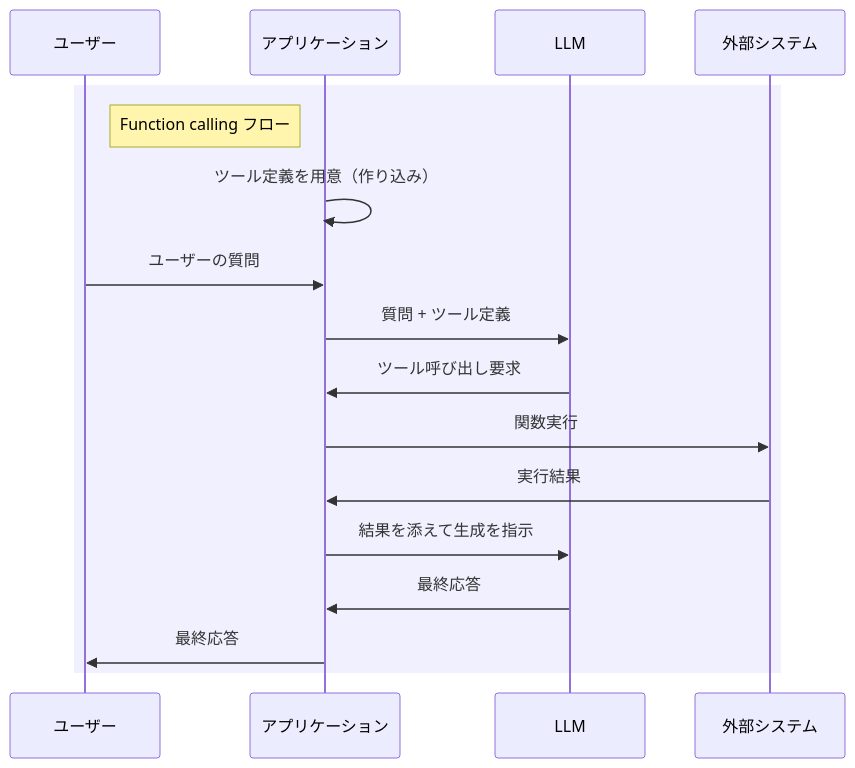
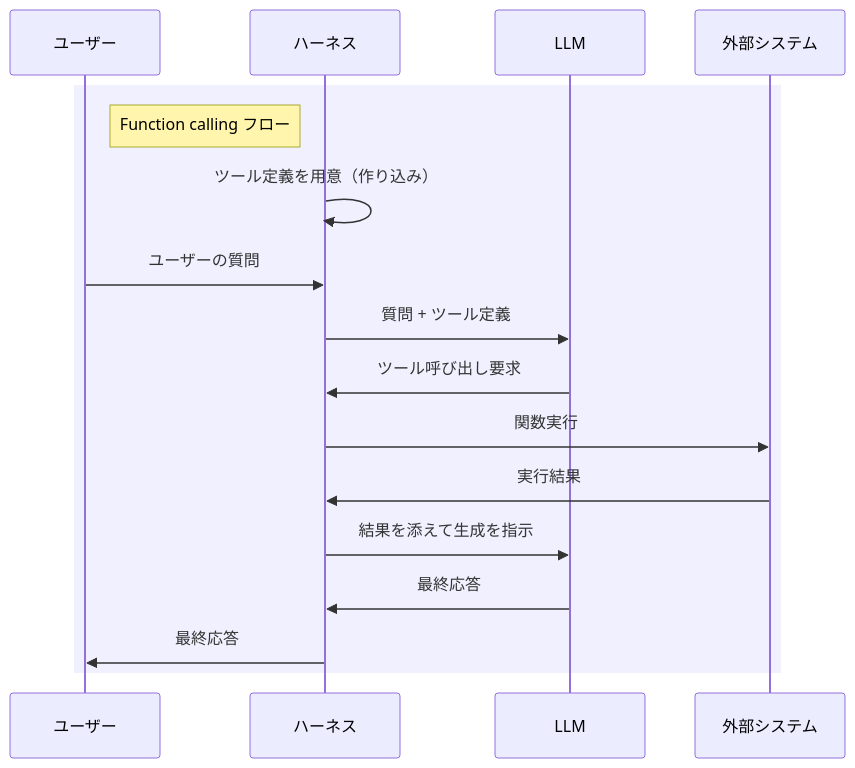
Before and after one commit to 7shi/qiita: the first of 2 diagrams in articles/ai/function-calling-vs-mcp.md, drawn with Mermaid. The commit also changed other lines of this file, not shown here.

````diff
--- a/articles/ai/function-calling-vs-mcp.md
+++ b/articles/ai/function-calling-vs-mcp.md
@@ -38,20 +40,20 @@
 ```mermaid
 sequenceDiagram
     participant User as ユーザー
-    participant App as アプリケーション
+    participant Harness as ハーネス
     participant LLM
     participant External as 外部システム
 
     rect rgb(240, 240, 255)
     note right of User: Function calling フロー
-    App->>App: ツール定義を用意（作り込み）
-    User->>App: ユーザーの質問
-    App->>LLM: 質問 + ツール定義
-    LLM->>App: ツール呼び出し要求
-    App->>External: 関数実行
-    External->>App: 実行結果
-    App->>LLM: 結果を添えて生成を指示
-    LLM->>App: 最終応答
-    App->>User: 最終応答
+    Harness->>Harness: ツール定義を用意（作り込み）
+    User->>Harness: ユーザーの質問
+    Harness->>LLM: 質問 + ツール定義
+    LLM->>Harness: ツール呼び出し要求
+    Harness->>External: 関数実行
+    External->>Harness: 実行結果
+    Harness->>LLM: 結果を添えて生成を指示
+    LLM->>Harness: 最終応答
+    Harness->>User: 最終応答
     end
 ```
````
